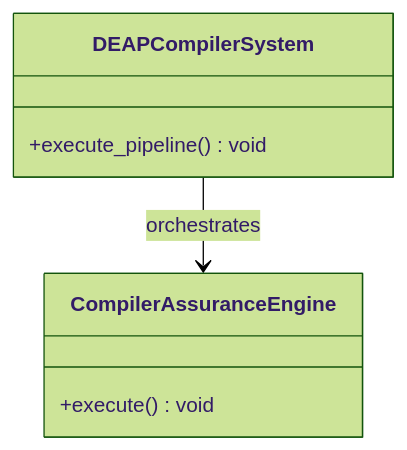
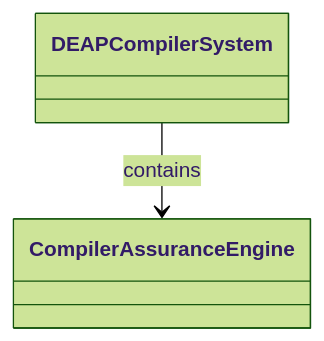
One commit to gintatkinson/dumpiler-01 changed the first of 2 diagrams in docs/epics/EPIC-14-Subsystem_12_Compiler_Performance_CLI_Assurance.md. Above: the diagram before and after it, drawn with Mermaid (forest theme). The commit also changed other lines of this file and 101 other files, not shown here.

````diff
--- a/docs/epics/EPIC-14-Subsystem_12_Compiler_Performance_CLI_Assurance.md
+++ b/docs/epics/EPIC-14-Subsystem_12_Compiler_Performance_CLI_Assurance.md
@@ -51,10 +66,6 @@
 ```mermaid
 classDiagram
-    class DEAPCompilerSystem {
-        +execute_pipeline() void
-    }
-    class CompilerAssuranceEngine {
-        +execute() void
-    }
-    DEAPCompilerSystem --> CompilerAssuranceEngine : orchestrates
+    class DEAPCompilerSystem
+    class CompilerAssuranceEngine
+    DEAPCompilerSystem --> CompilerAssuranceEngine : contains
 ```
````
